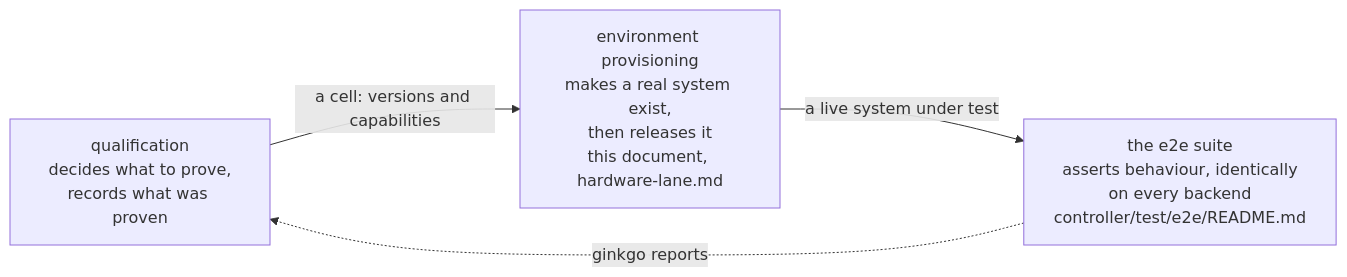
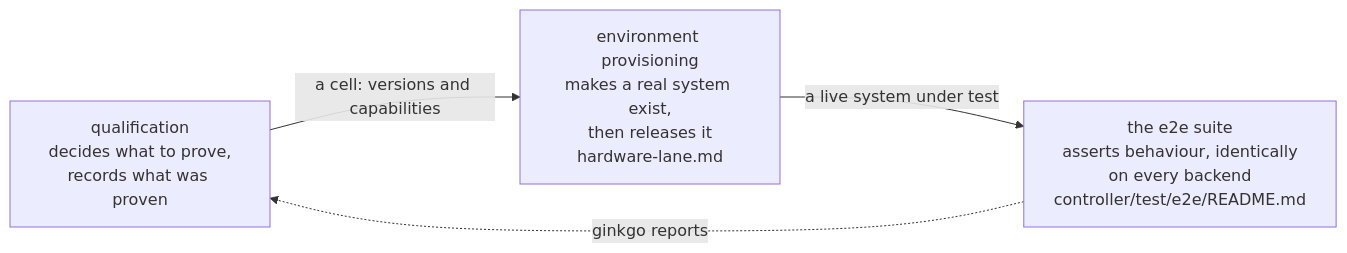
One commit to dsx-ai-factory/nvke changed the diagram in docs/qualification/overview.md. Above: the diagram before and after it, drawn with Mermaid. The commit also changed other lines of this file and 30 other files, not shown here.

````diff
--- a/docs/qualification/overview.md
+++ b/docs/qualification/overview.md
@@ -27,10 +27,10 @@
 ```mermaid
 flowchart LR
     Q["qualification<br/>decides what to prove,<br/>records what was proven"]
-    E["environment provisioning<br/>makes a real system exist,<br/>then releases it<br/>this document, hardware-lane.md"]
+    E["environment provisioning<br/>makes a real system exist,<br/>then releases it<br/>hardware-lane.md"]
     S["the e2e suite<br/>asserts behaviour, identically<br/>on every backend<br/>controller/test/e2e/README.md"]
 
     Q -->|"a cell: versions and capabilities"| E
     E -->|"a live system under test"| S
     S -.->|"ginkgo reports"| Q
 ```
````
